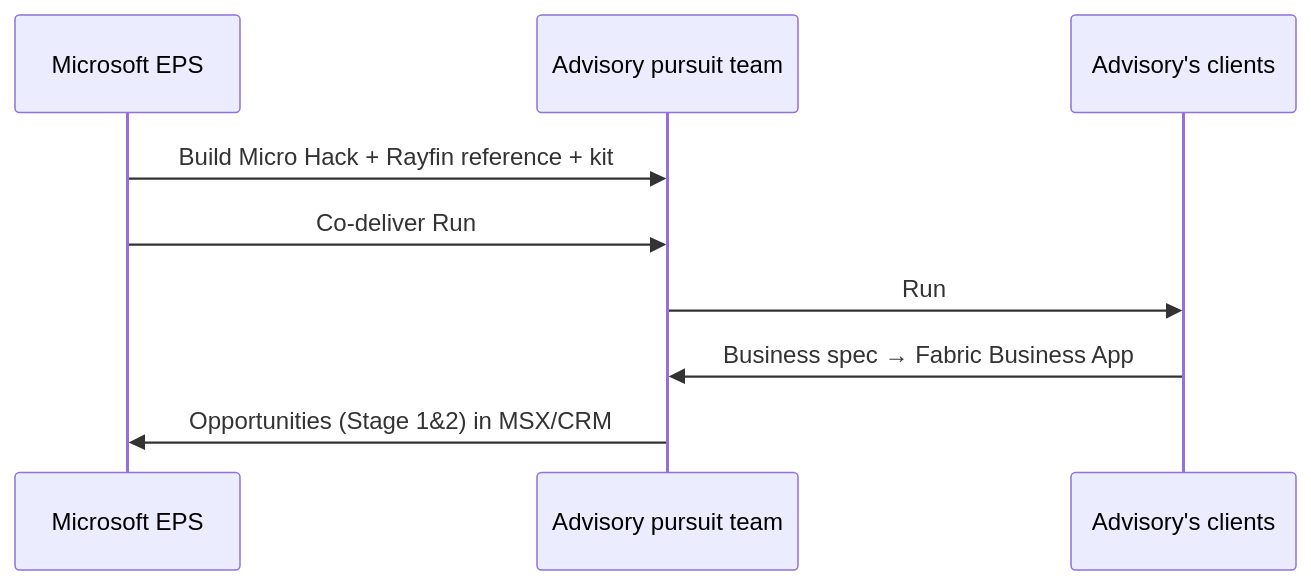
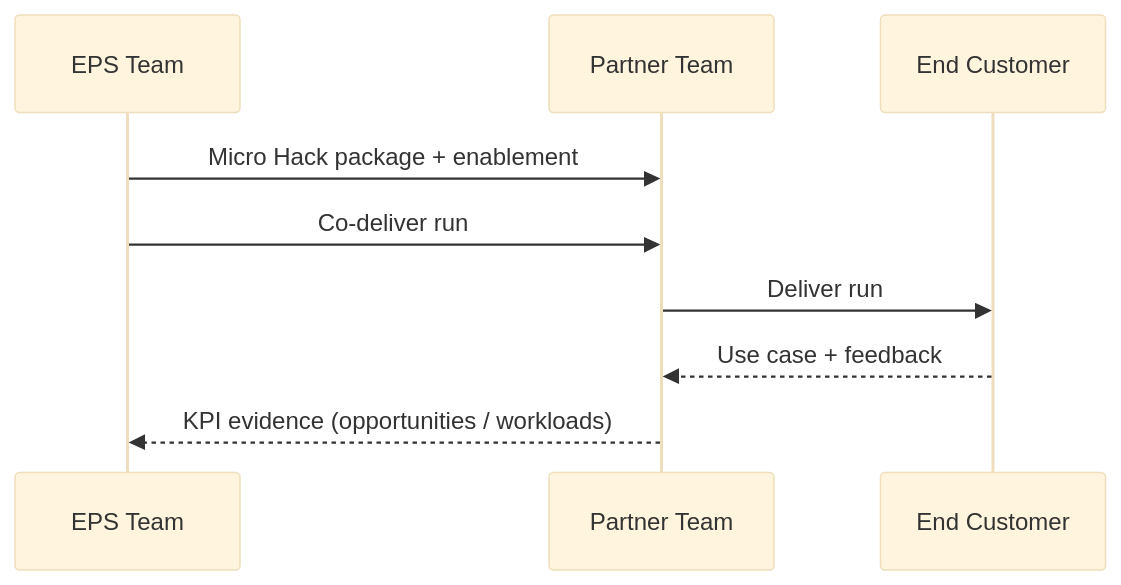
Before and after one commit to fredgis/FY27FabricMotion: the second of 2 diagrams in docs/app-motion-overview.md, drawn with Mermaid. The commit also changed other lines of this file and 15 other files, not shown here.

````diff
--- a/docs/app-motion-overview.md
+++ b/docs/app-motion-overview.md
@@ -91,11 +44,12 @@
 ```mermaid
+%%{init: {'theme':'base'}}%%
 sequenceDiagram
-    participant MS as Microsoft EPS
-    participant ADV as Advisory pursuit team
-    participant C as Advisory's clients
-    MS->>ADV: Build Micro Hack + Rayfin reference + kit
-    MS->>ADV: Co-deliver Run #1 (train-the-trainer)
-    ADV->>C: Run #2…N independently (spec-driven)
-    C->>ADV: Business spec → Fabric Business App
-    ADV->>MS: Opportunities (Stage 1&2) in MSX/CRM
+    participant EPS as EPS Team
+    participant P as Partner Team
+    participant C as End Customer
+    EPS->>P: Micro Hack package + enablement
+    EPS->>P: Co-deliver run #1
+    P->>C: Deliver run #2..N
+    C-->>P: Use case + feedback
+    P-->>EPS: KPI evidence (opportunities / workloads)
 ```
````
